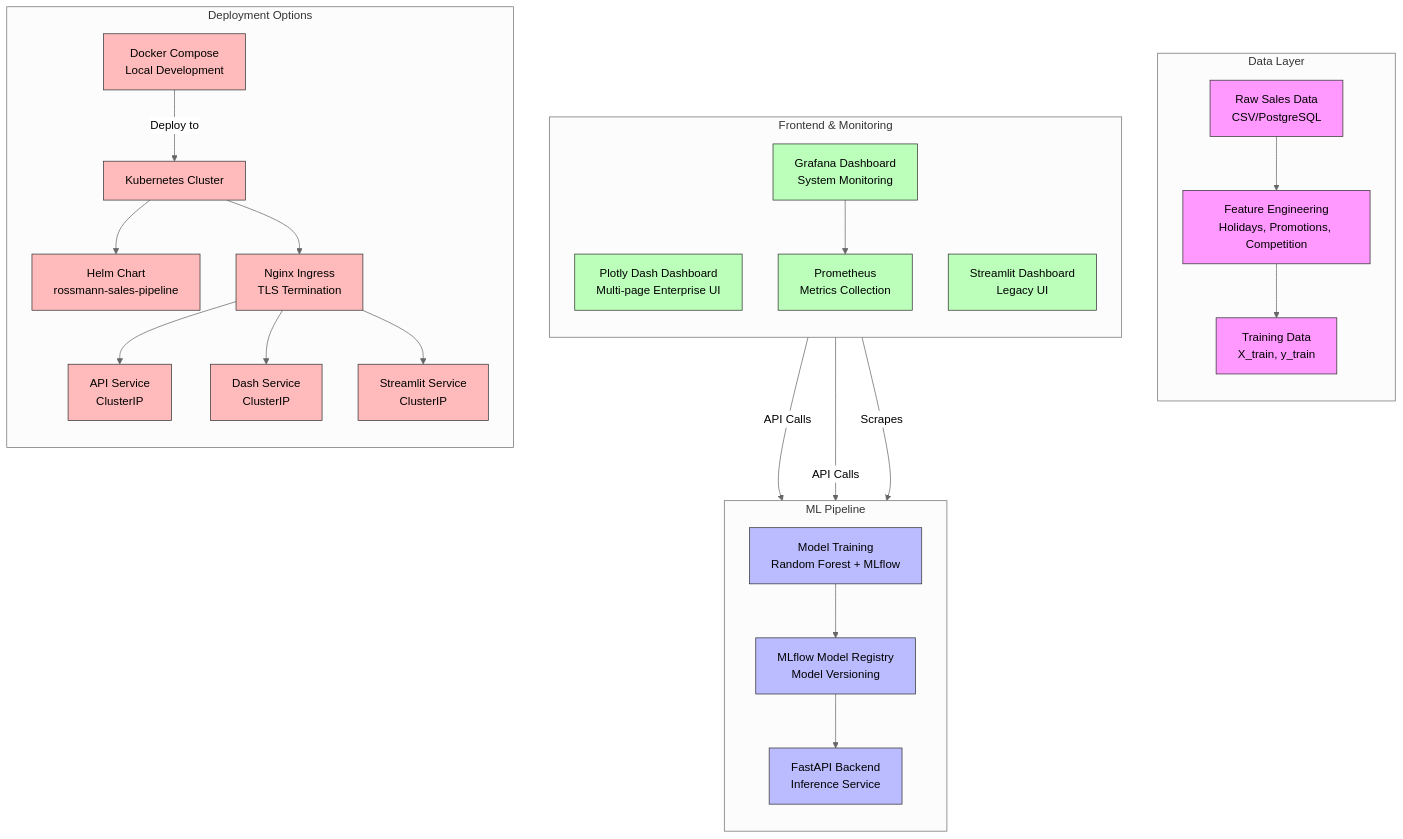
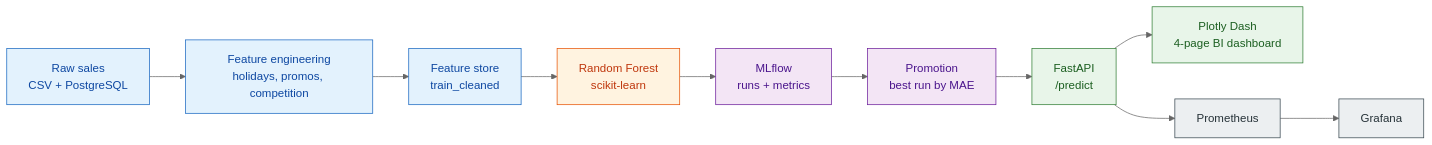
One commit to ksnishat/rossmann-sales-pipeline changed the diagram in README.md. Above: the diagram before and after it, drawn with Mermaid (neutral theme).

Commit message:
docs: redesign the architecture diagram so it renders as a pipeline
The diagram had a disconnected Deployment subgraph with no edges to the rest, so
Mermaid laid it out independently and GitHub rendered it floating away from the
pipeline with no reading order.

Replaced with a single connected left-to-right flow: raw sales -> features ->
feature store -> Random Forest -> MLflow -> promotion -> API -> dashboard and
monitoring. Verified by rendering the exact block from this README with
mermaid-cli.

````diff
--- a/README.md
+++ b/README.md
@@ -48,46 +48,24 @@
 ```mermaid
-graph TD
-    %% Data Sources
-    subgraph Data[Data Layer]
-        direction TB
-        Raw_Data[Raw Sales Data<br/>CSV/PostgreSQL] --> Feature_Store[Feature Engineering<br/>Holidays, Promotions, Competition]
-        Feature_Store --> Train_Data[Training Data<br/>X_train, y_train]
-    end
-    
-    %% ML Pipeline
-    subgraph MLPipeline[ML Pipeline]
-        direction TB
-        Training[Model Training<br/>Random Forest + MLflow] --> Model_Registry[MLflow Model Registry<br/>Model Versioning]
-        Model_Registry --> API_Backend[FastAPI Backend<br/>Inference Service]
-    end
-    
-    %% Frontend & Monitoring
-    subgraph Frontend[Frontend & Monitoring]
-        direction TB
-        Dash[Plotly Dash Dashboard<br/>Multi-page Enterprise UI] -->|API Calls| API_Backend
-        Streamlit[Streamlit Dashboard<br/>Legacy UI] -->|API Calls| API_Backend
-        Grafana[Grafana Dashboard<br/>System Monitoring] --> Prometheus
-        Prometheus[Prometheus<br/>Metrics Collection] -->|Scrapes| API_Backend
-    end
-    
-    %% Deployment
-    subgraph Deployment[Deployment Options]
-        direction TB
-        Docker_Compose[Docker Compose<br/>Local Development] -->|Deploy to| Kubernetes[Kubernetes Cluster]
-        Kubernetes --> Helm[Helm Chart<br/>rossmann-sales-pipeline]
-        Kubernetes --> Ingress[Nginx Ingress<br/>TLS Termination]
-        Ingress --> API_Service[API Service<br/>ClusterIP]
-        Ingress --> Dash_Service[Dash Service<br/>ClusterIP]
-        Ingress --> Streamlit_Service[Streamlit Service<br/>ClusterIP]
-    end
-    
-    %% Styling
-    classDef data fill:#f9f,stroke:#333,stroke-width:1px;
-    classDef ml fill:#bbf,stroke:#333,stroke-width:1px;
-    classDef frontend fill:#bfb,stroke:#333,stroke-width:1px;
-    classDef deploy fill:#fbb,stroke:#333,stroke-width:1px;
-    class Raw_Data,Feature_Store,Train_Data data;
-    class Training,Model_Registry,API_Backend ml;
-    class Dash,Streamlit,Grafana,Prometheus frontend;
-    class Docker_Compose,Kubernetes,Helm,Ingress,API_Service,Dash_Service,Streamlit_Service deploy;
+flowchart LR
+    RAW["Raw sales<br/>CSV + PostgreSQL"] --> FEAT["Feature engineering<br/>holidays, promos, competition"]
+    FEAT --> STORE["Feature store<br/>train_cleaned"]
+    STORE --> RF["Random Forest<br/>scikit-learn"]
+    RF --> MLflow["MLflow<br/>runs + metrics"]
+    MLflow --> PROMOTE["Promotion<br/>best run by MAE"]
+    PROMOTE --> API["FastAPI<br/>/predict"]
+    API --> DASH["Plotly Dash<br/>4-page BI dashboard"]
+    API --> Prom["Prometheus"]
+    Prom --> Graf["Grafana"]
+
+    classDef data fill:#e3f2fd,stroke:#1565c0,stroke-width:1px,color:#0d47a1
+    classDef train fill:#fff3e0,stroke:#e65100,stroke-width:1px,color:#bf360c
+    classDef track fill:#f3e5f5,stroke:#6a1b9a,stroke-width:1px,color:#4a148c
+    classDef serve fill:#e8f5e9,stroke:#2e7d32,stroke-width:1px,color:#1b5e20
+    classDef observe fill:#eceff1,stroke:#37474f,stroke-width:1px,color:#263238
+
+    class RAW,FEAT,STORE data
+    class RF train
+    class MLflow,PROMOTE track
+    class API,DASH serve
+    class Prom,Graf observe
 ```
````
